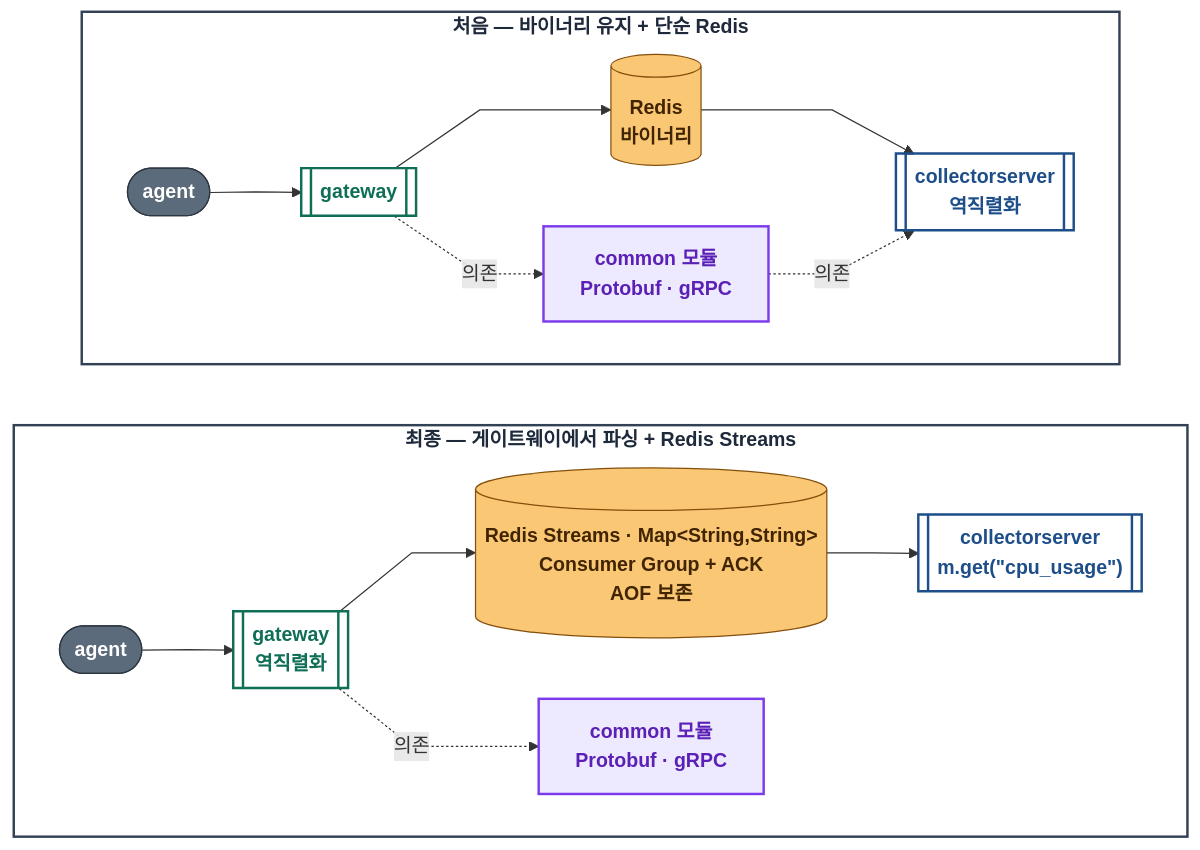
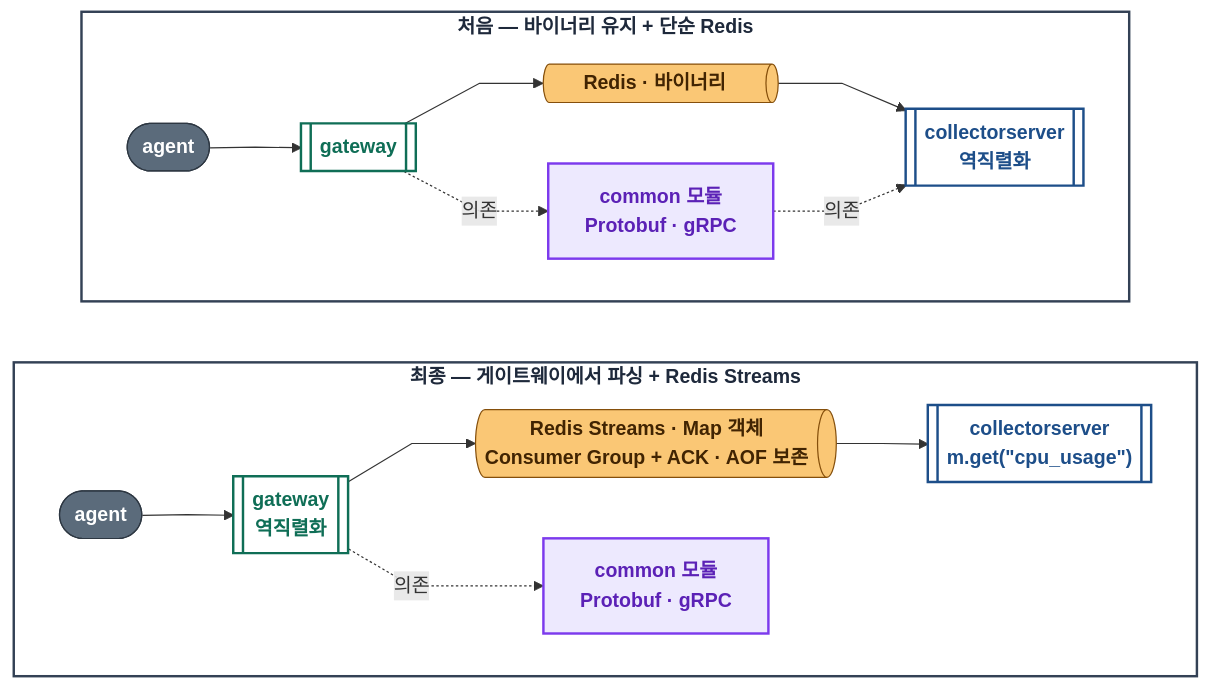
The fourth of 7 diagrams in README.md (buss-sooin/apm-observatory), drawn with Mermaid before and after one commit. The commit also changed other lines of this file, not shown here.

````diff
--- a/README.md
+++ b/README.md
@@ -482,44 +370,44 @@
 ```mermaid
 %%{init: {"flowchart": {"wrappingWidth": 520, "curve": "linear"}}}%%
 flowchart TB
     subgraph FIRST["처음 — 바이너리 유지 + 단순 Redis"]
         direction LR
         FA(["agent"])
         FG[["gateway"]]
-        FR[("Redis<br/>바이너리")]
+        FR@{ shape: h-cyl, label: "&nbsp;&nbsp;&nbsp;&nbsp;&nbsp;&nbsp;Redis · 바이너리&nbsp;&nbsp;&nbsp;&nbsp;&nbsp;&nbsp;" }
         FC[["collectorserver<br/>역직렬화"]]
         FCOMMON["common 모듈<br/>Protobuf · gRPC"]
         FA --> FG
         FG --> FR --> FC
         FG -. 의존 .-> FCOMMON -. 의존 .-> FC
     end
 
     subgraph FINAL["최종 — 게이트웨이에서 파싱 + Redis Streams"]
         direction LR
         LA(["agent"])
         LG[["gateway<br/>역직렬화"]]
-        LR2[("Redis Streams · Map&lt;String,String&gt;<br/>Consumer Group + ACK<br/>AOF 보존")]
+        LR2@{ shape: h-cyl, label: "Redis Streams · Map 객체<br/>Consumer Group + ACK · AOF 보존" }
         LC[["collectorserver<br/>m.get(&quot;cpu_usage&quot;)"]]
         LCOMMON["common 모듈<br/>Protobuf · gRPC"]
         LA --> LG
         LG --> LR2 --> LC
         LG -. 의존 .-> LCOMMON
     end
 
     FIRST ~~~ FINAL
 
     classDef blockHead fill:none,stroke:#334155,stroke-width:2px,color:#1e293b,font-weight:bold
     classDef agentNode fill:#5b6b7b,stroke:#2d3742,color:#ffffff,font-weight:bold
     classDef serverGw fill:none,stroke:#0f6e56,stroke-width:2px,color:#0f6e56,font-weight:bold
     classDef serverCol fill:none,stroke:#1d4e89,stroke-width:2px,color:#1d4e89,font-weight:bold
     classDef streamNode fill:#fac775,stroke:#854f0b,color:#412402,font-weight:bold
     classDef commonNode fill:#ede9fe,stroke:#7c3aed,stroke-width:2px,color:#5b21b6,font-weight:bold
 
     class FIRST blockHead
     class FINAL blockHead
     class FA,LA agentNode
     class FG,LG serverGw
     class FC,LC serverCol
     class FR,LR2 streamNode
     class FCOMMON,LCOMMON commonNode
 ```
````
